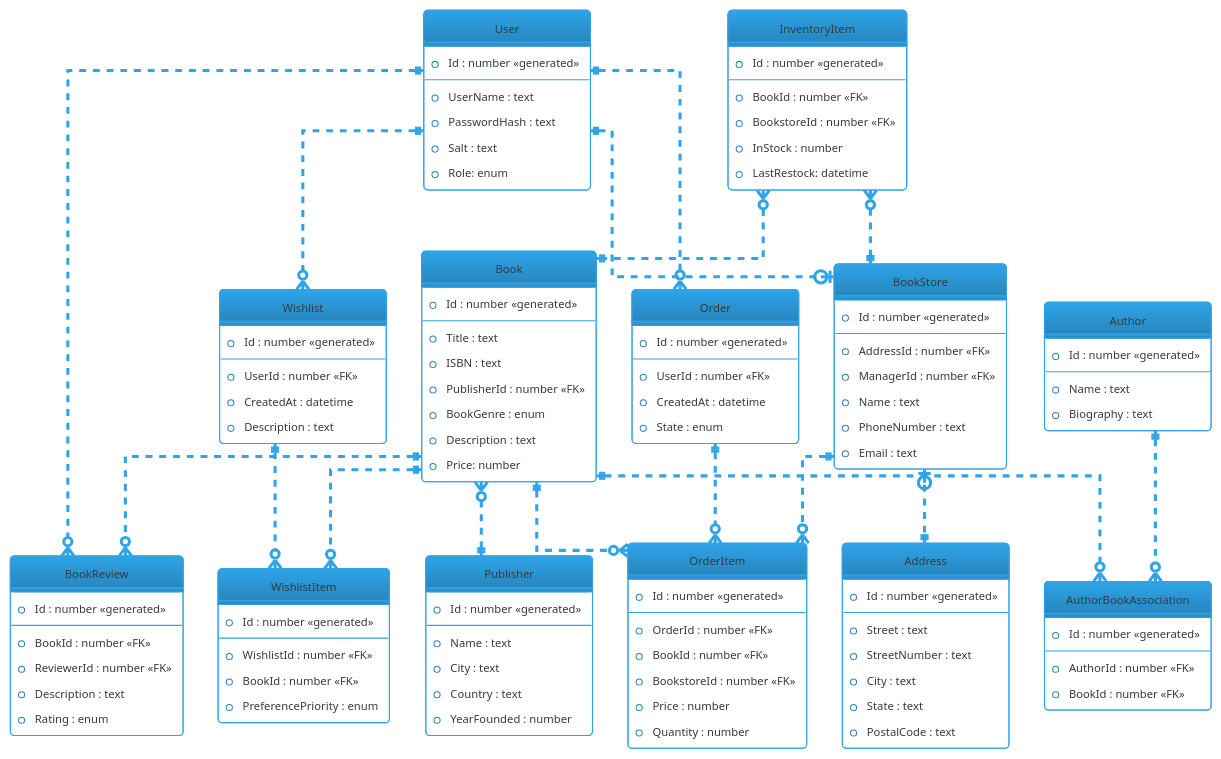
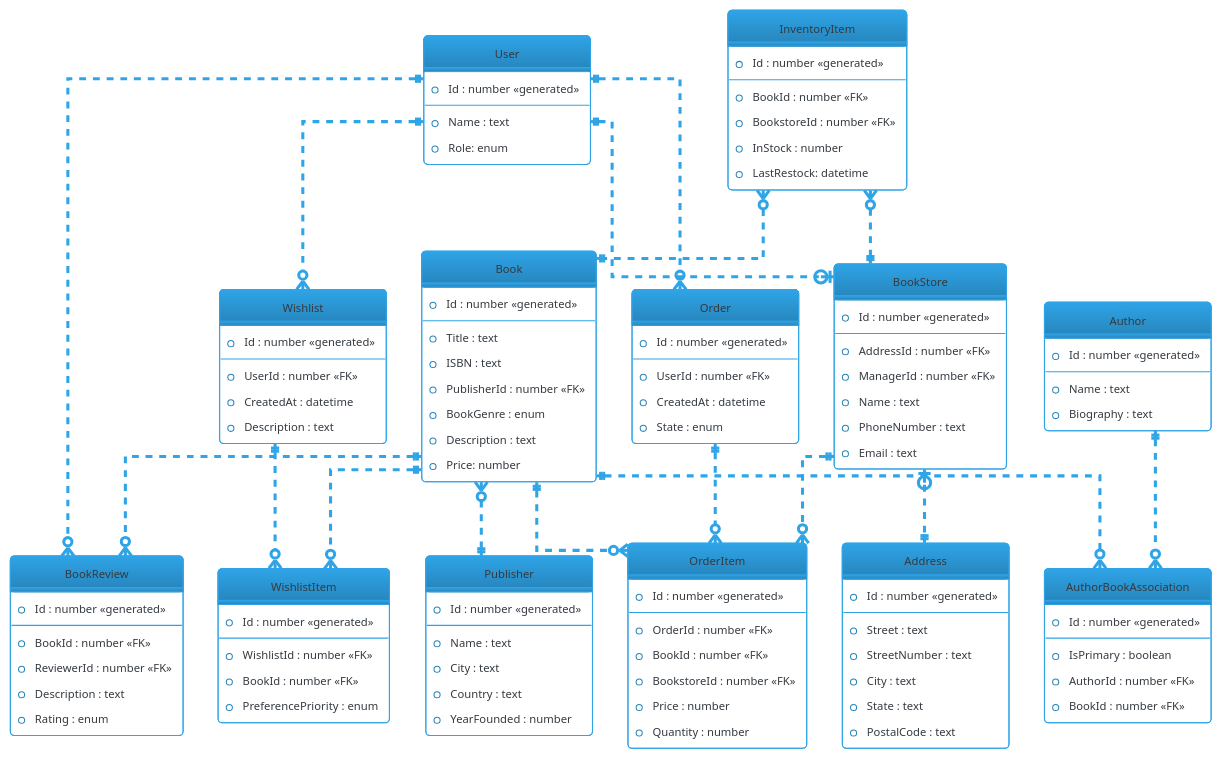
The diagram in diagrams/ERD/erd.puml (Makaveli1O/C-_bookhub), drawn with PlantUML before and after one commit. The commit also changed 2 other files, not shown here.

Commit message:
updated erd diagram

```diff
--- a/diagrams/ERD/erd.puml
+++ b/diagrams/ERD/erd.puml
@@ -1,146 +1,145 @@
 @startuml
 ' visual settings
 !theme cerulean-outline
 hide circle
 skinparam linetype ortho
 skinparam backgroundColor white
 
 
 entity "User" {
   *Id : number <<generated>>
   --
-  *UserName : text
-  *PasswordHash : text
-  *Salt : text
+  *Name : text
   *Role: enum
 }
 
 entity "Wishlist" {
   *Id : number <<generated>>
   --
   *UserId : number <<FK>>
   *CreatedAt : datetime
   *Description : text
 }
 
 entity "WishlistItem" {
   *Id : number <<generated>>
   --
   *WishlistId : number <<FK>>
   *BookId : number <<FK>>
   *PreferencePriority : enum
 }
 
 entity "Order" {
   *Id : number <<generated>>
   --
   *UserId : number <<FK>>
   *CreatedAt : datetime
   *State : enum
 }
 
 entity "OrderItem" {
   *Id : number <<generated>>
   --
   *OrderId : number <<FK>>
   *BookId : number <<FK>>
   *BookstoreId : number <<FK>>
   *Price : number
   *Quantity : number
 }
 
 entity "Book" {
   *Id : number <<generated>>
   --
   *Title : text
   *ISBN : text
   *PublisherId : number <<FK>>
   *BookGenre : enum
   *Description : text
   *Price: number
 }
 
 entity "Author" {
   *Id : number <<generated>>
   --
   *Name : text
   *Biography : text
 }
 
 entity "Publisher" {
   *Id : number <<generated>>
   --
   *Name : text
   *City : text
   *Country : text
   *YearFounded : number
 }
 
 entity "AuthorBookAssociation" {
   *Id : number <<generated>>
   --
+  *IsPrimary : boolean
   *AuthorId : number <<FK>>
   *BookId : number <<FK>>
 }
 
 entity "BookReview" {
   *Id : number <<generated>>
   --
   *BookId : number <<FK>>
   *ReviewerId : number <<FK>>
   *Description : text
   *Rating : enum
 }
 
 entity "BookStore" {
   *Id : number <<generated>>
   --
   *AddressId : number <<FK>>
   *ManagerId : number <<FK>>
   *Name : text
   *PhoneNumber : text
   *Email : text
 }
 
 entity "Address" {
   *Id : number <<generated>>
   --
   *Street : text
   *StreetNumber : text
   *City : text
   *State : text
   *PostalCode : text
 }
 
 entity "InventoryItem" {
   *Id : number <<generated>>
   --
   *BookId : number <<FK>>
   *BookstoreId : number <<FK>>
   *InStock : number
   *LastRestock: datetime
 }
 
 User ||..o{ Wishlist
 User ||..o{ Order
 User ||..o{ BookReview
 User ||..o| BookStore
 
 Wishlist ||..o{ WishlistItem
 Order ||..o{ OrderItem
 
 Book ||..o{ BookReview
 Book ||..o{ WishlistItem
 Book ||..o{ OrderItem
 Book ||..o{ AuthorBookAssociation
 Book }o..|| Publisher
 
 BookStore |o..|| Address
 BookStore ||..o{ OrderItem
 
 InventoryItem }o..|| BookStore
 InventoryItem }o..|| Book
 
 Author ||..o{ AuthorBookAssociation
 
 @enduml
```
